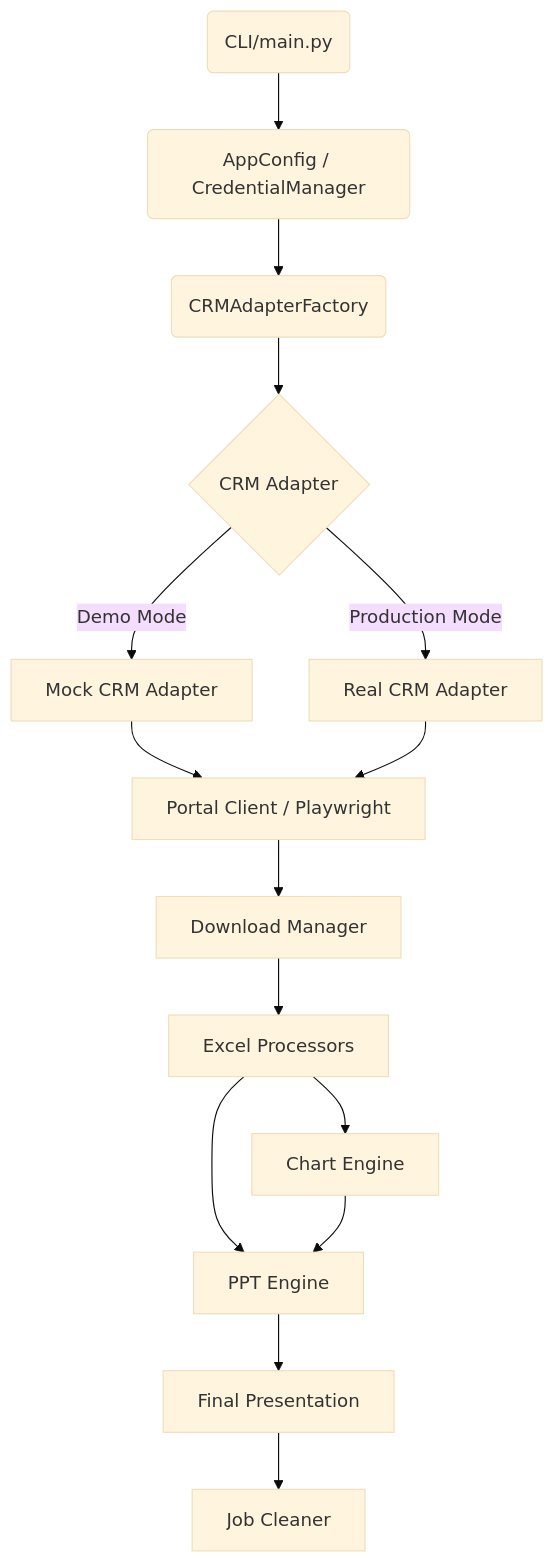
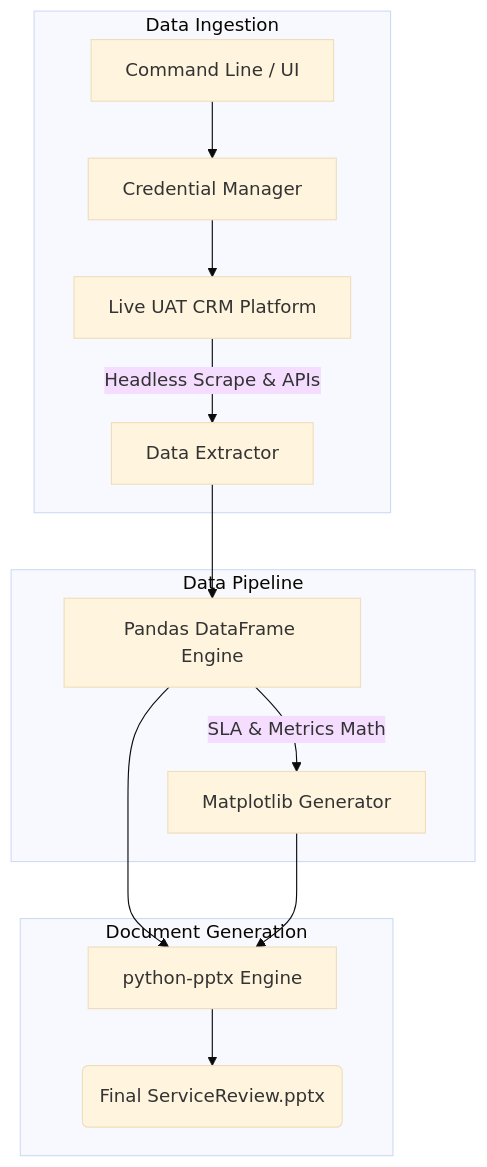
Before and after one commit to Hetgandhi25/enterprise-ppt-automation: the diagram in README.md, drawn with Mermaid (base theme). The commit also changed other lines of this file, not shown here.

Commit message:
Refined README to be highly professional and recruiter-friendly, removing mock/demo references

````diff
--- a/README.md
+++ b/README.md
@@ -17,20 +21,19 @@
 ```mermaid
 graph TD
-    CLI(CLI/main.py) --> Config(AppConfig / CredentialManager)
-    Config --> Factory(CRMAdapterFactory)
-    Factory --> Adapter{CRM Adapter}
-    
-    Adapter -->|Demo Mode| MockAdapter[Mock CRM Adapter]
-    Adapter -->|Production Mode| RealAdapter[Real CRM Adapter]
-    
-    MockAdapter --> Browser[Portal Client / Playwright]
-    RealAdapter --> Browser
-    
-    Browser --> Downloads[Download Manager]
-    Downloads --> Processors[Excel Processors]
-    Processors --> Charts[Chart Engine]
-    Processors --> PPT[PPT Engine]
-    Charts --> PPT
-    PPT --> Output[Final Presentation]
-    Output --> Cleanup[Job Cleaner]
+    subgraph Input [Data Ingestion]
+        CLI[Command Line / UI] --> Config[Credential Manager]
+        Config --> CRM[Live UAT CRM Platform]
+        CRM -->|Headless Scrape & APIs| Downloader[Data Extractor]
+    end
+
+    subgraph Processing [Data Pipeline]
+        Downloader --> Pandas[Pandas DataFrame Engine]
+        Pandas -->|SLA & Metrics Math| Charts[Matplotlib Generator]
+    end
+
+    subgraph Output [Document Generation]
+        Pandas --> PPT[python-pptx Engine]
+        Charts --> PPT
+        PPT --> PPTX(Final ServiceReview.pptx)
+    end
 ```
````
